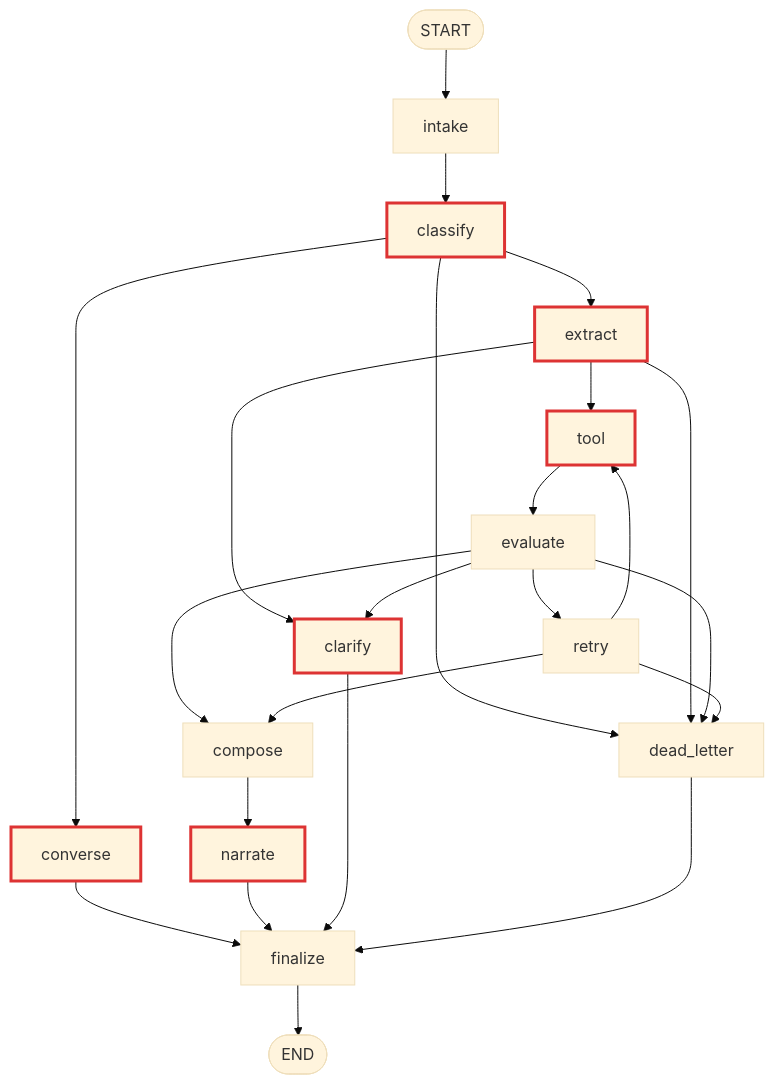
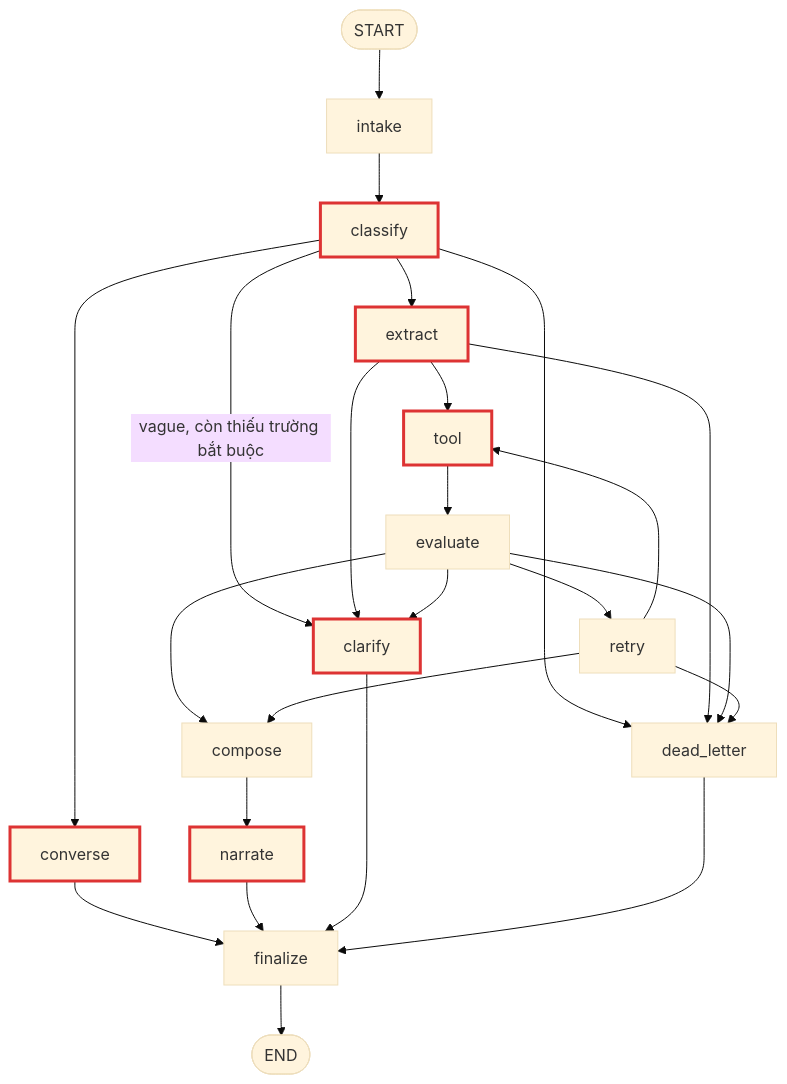
The diagram in docs/spec/agent/langgraph-nodes.md (NguyenNhat4/Travel-Recommend-System), drawn with Mermaid (base theme) before and after one commit. The commit also changed other lines of this file and 32 other files, not shown here.

````diff
--- a/docs/spec/agent/langgraph-nodes.md
+++ b/docs/spec/agent/langgraph-nodes.md
@@ -186,40 +193,41 @@
 ```mermaid
 flowchart TD
     START([START]) --> intake
     intake --> classify
 
     classify --> converse
     classify --> extract
+    classify -->|vague, còn thiếu trường bắt buộc| clarify
     classify --> dead_letter
 
     extract --> tool
     extract --> clarify
     extract --> dead_letter
 
     tool --> evaluate
 
     evaluate --> clarify
     evaluate --> retry
     evaluate --> dead_letter
     evaluate --> compose
 
     retry --> compose
     retry --> dead_letter
     retry --> tool
 
     compose --> narrate
     converse --> finalize
     narrate --> finalize
     clarify --> finalize
     dead_letter --> finalize
 
     finalize --> END([END])
 
     classify:::llm
     extract:::llm
     tool:::llm
     converse:::llm
     clarify:::llm
     narrate:::llm
     classDef llm stroke:#d33,stroke-width:3px;
 ```
````
